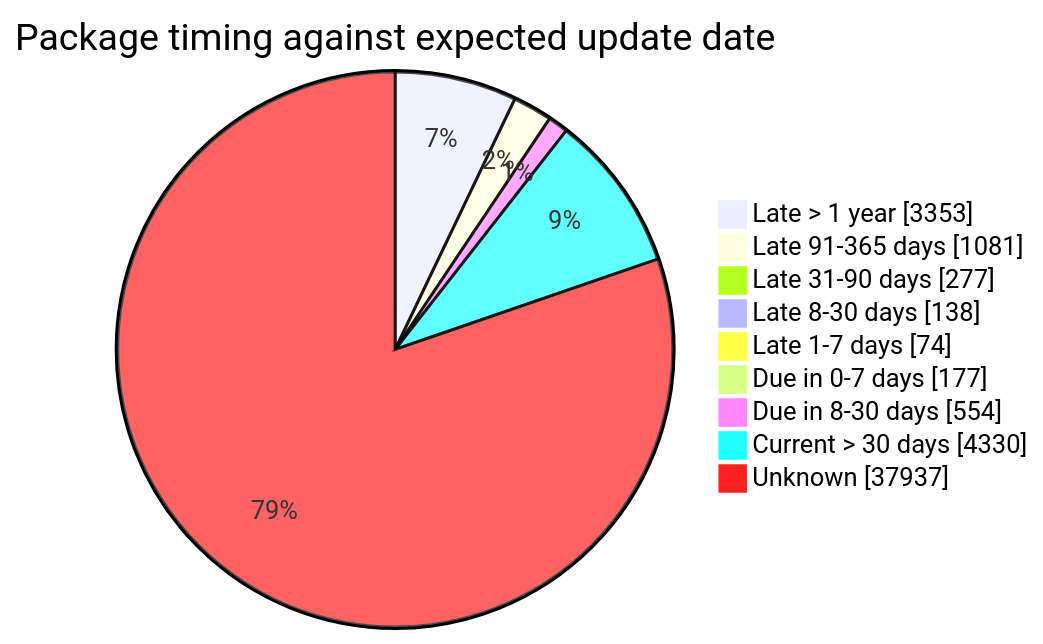
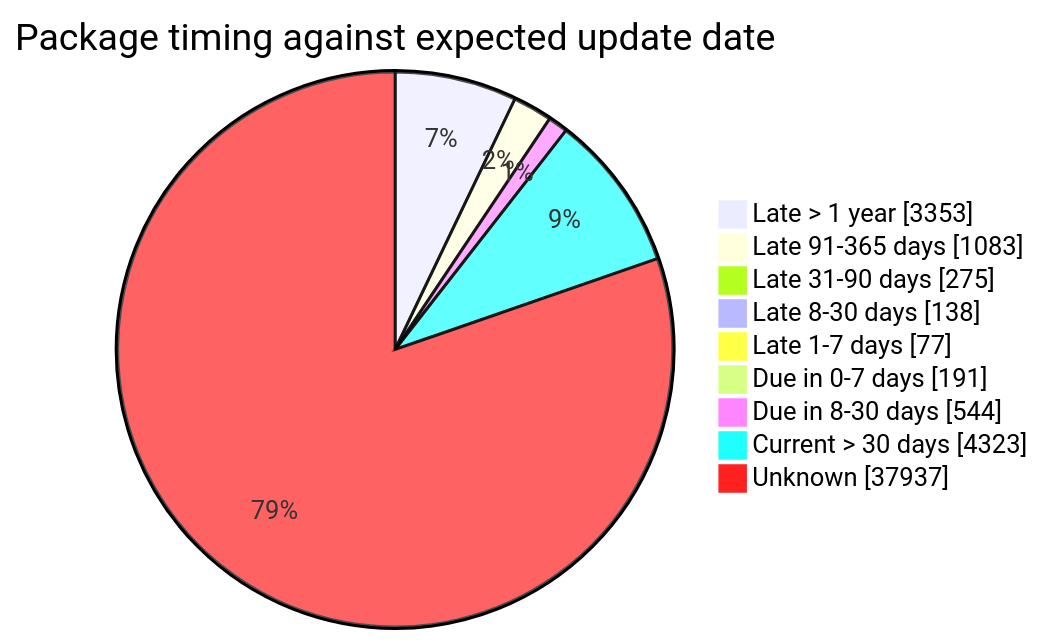
The fourth of 5 diagrams in FreshCheck/README.md (open-data/analytics-corporate-reporting), drawn with Mermaid before and after one commit. The commit also changed other lines of this file and 3 other files, not shown here.

````diff
--- a/FreshCheck/README.md
+++ b/FreshCheck/README.md
@@ -86,12 +86,12 @@
 ```mermaid
 pie showData title Package timing against expected update date
     "Late > 1 year": 3353
-    "Late 91-365 days": 1081
-    "Late 31-90 days": 277
+    "Late 91-365 days": 1083
+    "Late 31-90 days": 275
     "Late 8-30 days": 138
-    "Late 1-7 days": 74
-    "Due in 0-7 days": 177
-    "Due in 8-30 days": 554
-    "Current > 30 days": 4330
+    "Late 1-7 days": 77
+    "Due in 0-7 days": 191
+    "Due in 8-30 days": 544
+    "Current > 30 days": 4323
     "Unknown": 37937
 ```
````
